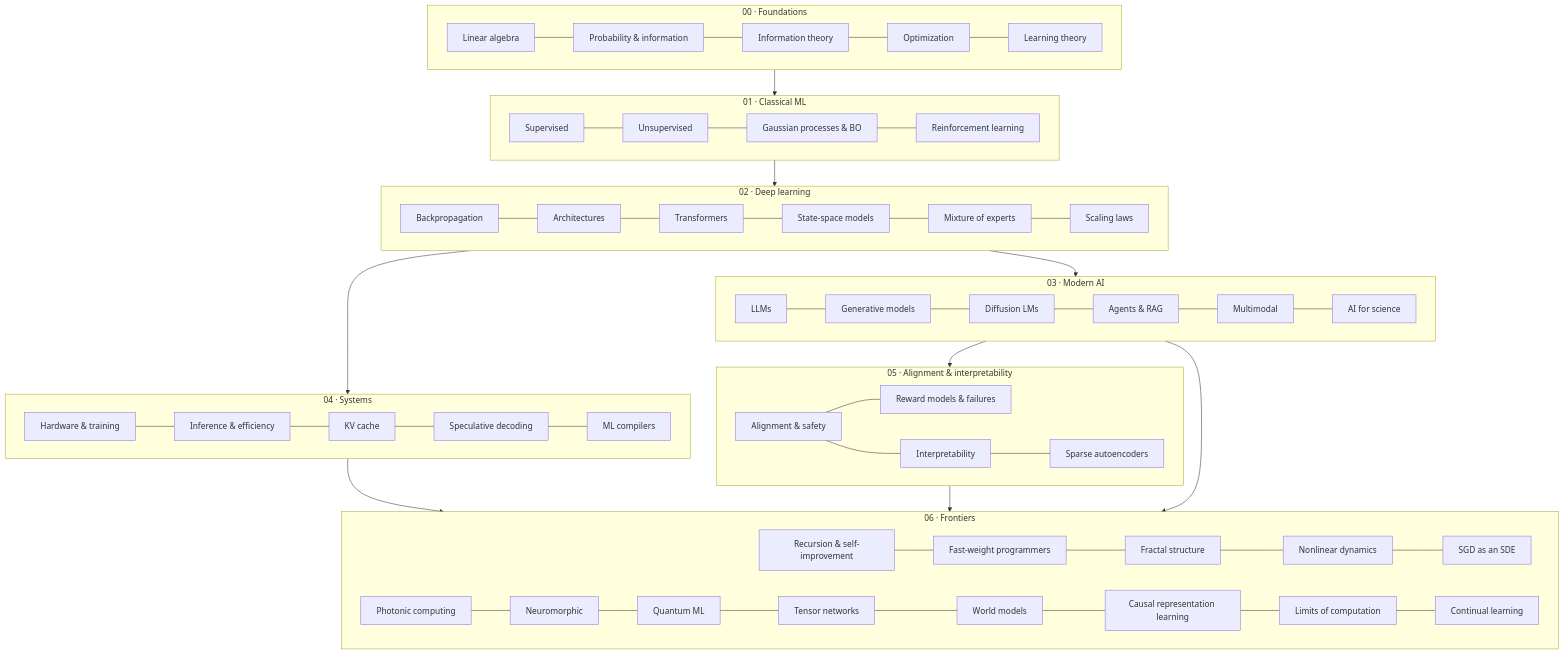
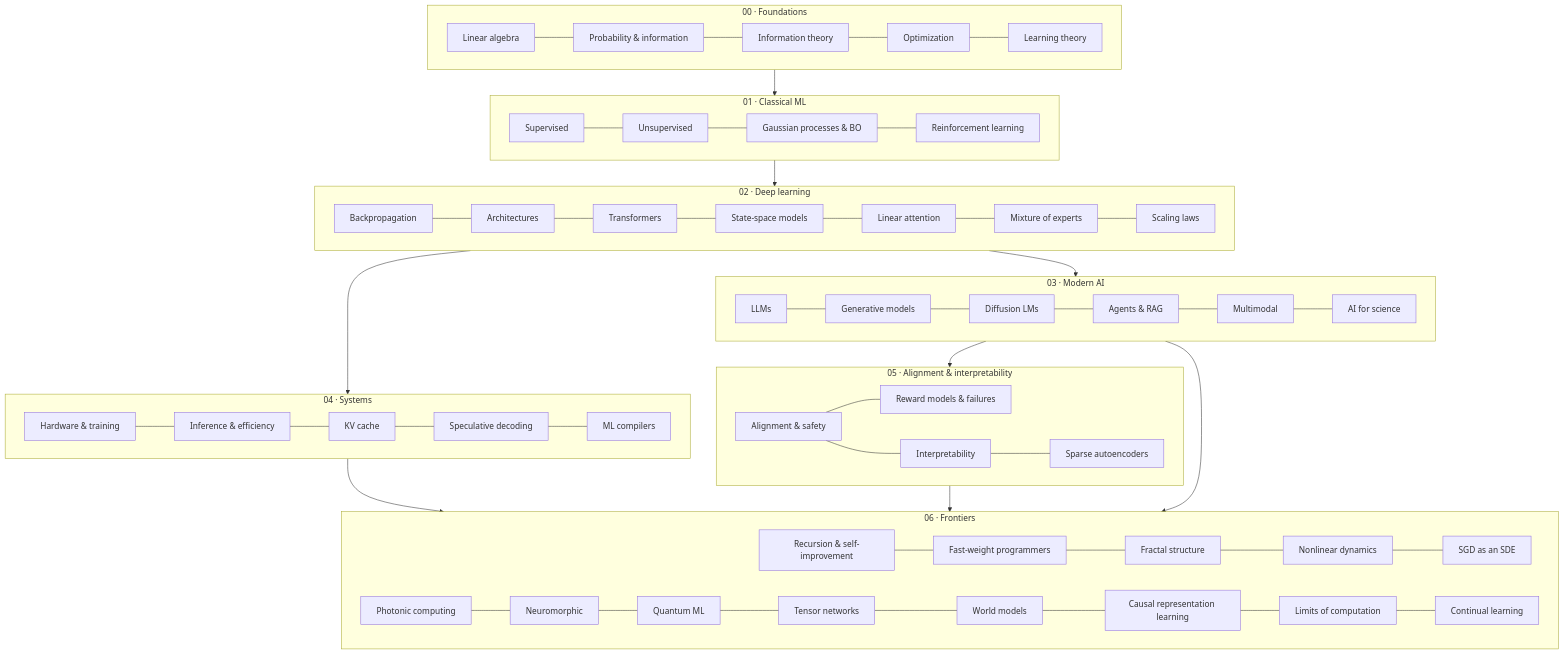
One commit to marcpoliquin5/understanding-ai changed the diagram in README.md. Above: the diagram before and after it, drawn with Mermaid. The commit also changed other lines of this file and 8 other files, not shown here.

Commit message:
Deep learning: add linear attention and its kernels page

````diff
--- a/README.md
+++ b/README.md
@@ -30,32 +30,32 @@
 ```mermaid
 flowchart TB
     subgraph F[00 · Foundations]
         F1[Linear algebra] --- F2[Probability & information] --- F5[Information theory] --- F3[Optimization] --- F4[Learning theory]
     end
     subgraph C[01 · Classical ML]
         C1[Supervised] --- C2[Unsupervised] --- C4[Gaussian processes & BO] --- C3[Reinforcement learning]
     end
     subgraph D[02 · Deep learning]
-        D1[Backpropagation] --- D2[Architectures] --- D3[Transformers] --- D6[State-space models] --- D5[Mixture of experts] --- D4[Scaling laws]
+        D1[Backpropagation] --- D2[Architectures] --- D3[Transformers] --- D6[State-space models] --- D7[Linear attention] --- D5[Mixture of experts] --- D4[Scaling laws]
     end
     subgraph M[03 · Modern AI]
         M1[LLMs] --- M2[Generative models] --- M2b[Diffusion LMs] --- M3[Agents & RAG] --- M4[Multimodal] --- M5[AI for science]
     end
     subgraph S[04 · Systems]
         S1[Hardware & training] --- S2[Inference & efficiency] --- S5[KV cache] --- S4[Speculative decoding] --- S3[ML compilers]
     end
     subgraph A[05 · Alignment & interpretability]
         A1[Alignment & safety] --- A3[Reward models & failures]
         A1 --- A2[Interpretability] --- A4[Sparse autoencoders]
     end
     subgraph X[06 · Frontiers]
         X1[Recursion & self-improvement] --- X1b[Fast-weight programmers] --- X2[Fractal structure] --- X3[Nonlinear dynamics] --- X3b[SGD as an SDE]
         X4[Photonic computing] --- X5[Neuromorphic] --- X6[Quantum ML] --- X6b[Tensor networks] --- X7[World models] --- X7b[Causal representation learning] --- X8[Limits of computation] --- X9[Continual learning]
     end
     F --> C --> D --> M
     D --> S
     M --> A
     S --> X
     A --> X
     M --> X
 ```
````
